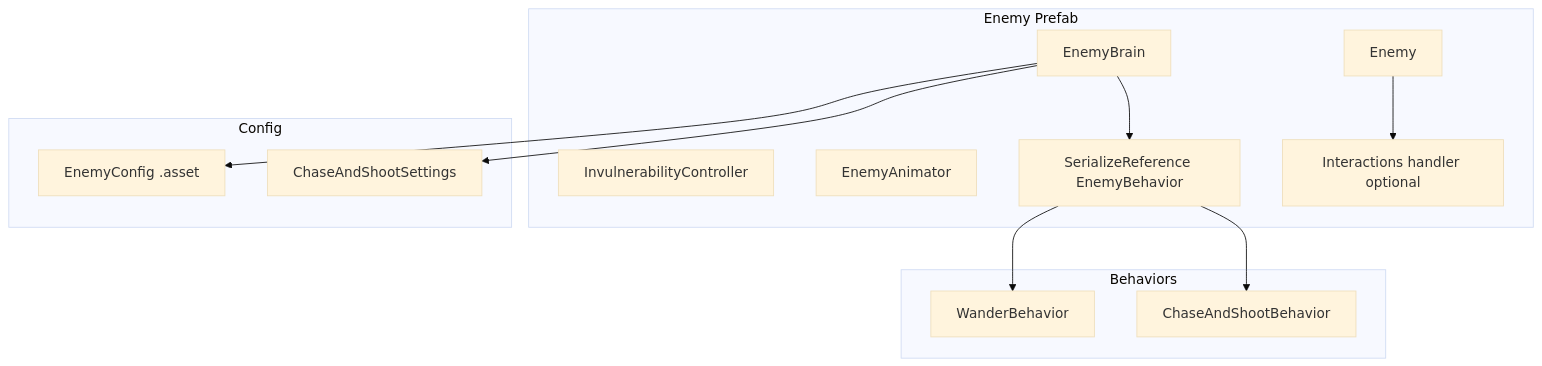
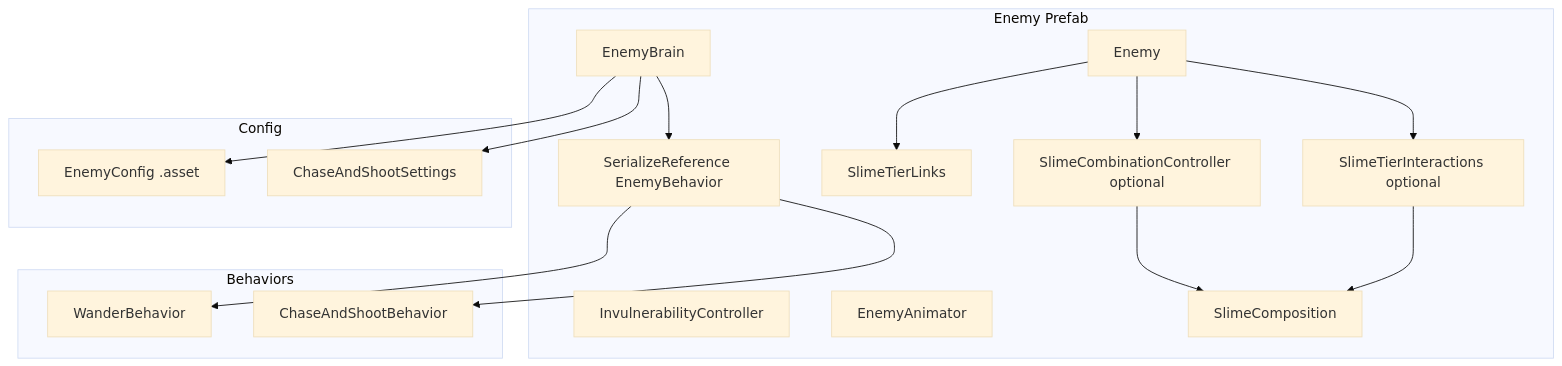
Before and after one commit to dstuck/huck-amok: the second of 3 diagrams in Docs/enemy_framework.md, drawn with Mermaid (base theme). The commit also changed other lines of this file and 31 other files, not shown here.

````diff
--- a/Docs/enemy_framework.md
+++ b/Docs/enemy_framework.md
@@ -72,25 +77,32 @@
 ```mermaid
 flowchart TB
     subgraph prefab [Enemy Prefab]
         Enemy
         EnemyBrain
         InvulnerabilityController
         EnemyAnimator
         behaviorRef["SerializeReference EnemyBehavior"]
-        handler["Interactions handler optional"]
+        links["SlimeTierLinks"]
+        handler["SlimeTierInteractions optional"]
+        combiner["SlimeCombinationController optional"]
+        composition["SlimeComposition"]
     end
     subgraph behaviors [Behaviors]
         WanderBehavior
         ChaseAndShootBehavior
     end
     subgraph config [Config]
         EnemyConfigAsset["EnemyConfig .asset"]
         ChaseAndShootSettings
     end
     EnemyBrain --> behaviorRef
     behaviorRef --> WanderBehavior
     behaviorRef --> ChaseAndShootBehavior
     EnemyBrain --> EnemyConfigAsset
     EnemyBrain --> ChaseAndShootSettings
+    Enemy --> links
     Enemy --> handler
+    Enemy --> combiner
+    handler --> composition
+    combiner --> composition
 ```
````
